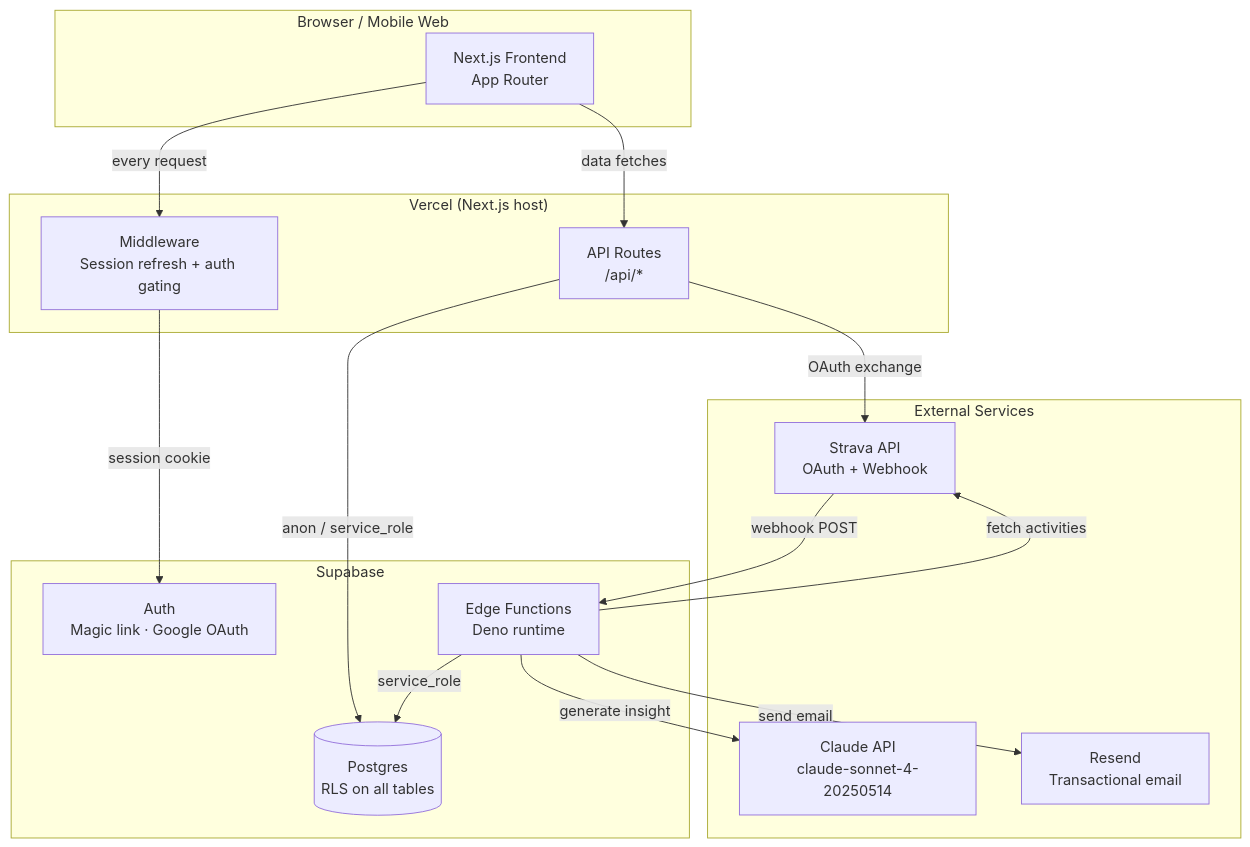
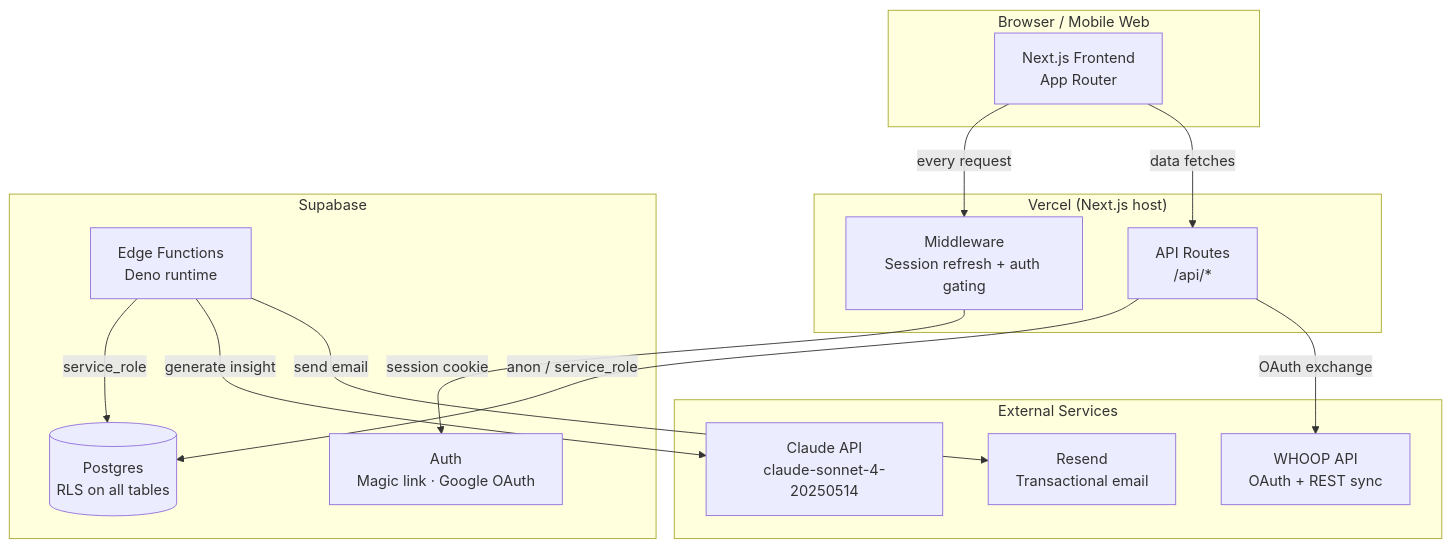
Before and after one commit to alonsoortegas/movu-app: the first of 5 diagrams in docs/architecture.md, drawn with Mermaid. The commit also changed other lines of this file and 39 other files, not shown here.

````diff
--- a/docs/architecture.md
+++ b/docs/architecture.md
@@ -5,34 +5,32 @@
 ```mermaid
 graph TB
     subgraph Client["Browser / Mobile Web"]
         UI[Next.js Frontend\nApp Router]
     end
 
     subgraph Vercel["Vercel (Next.js host)"]
         MW[Middleware\nSession refresh + auth gating]
         API[API Routes\n/api/*]
     end
 
     subgraph Supabase["Supabase"]
         AUTH[Auth\nMagic link · Google OAuth]
         DB[(Postgres\nRLS on all tables)]
         EF[Edge Functions\nDeno runtime]
     end
 
     subgraph External["External Services"]
-        STRAVA[Strava API\nOAuth + Webhook]
+        WHOOP[WHOOP API\nOAuth + REST sync]
         CLAUDE[Claude API\nclaude-sonnet-4-20250514]
         RESEND[Resend\nTransactional email]
     end
 
     UI -->|every request| MW
     MW -->|session cookie| AUTH
     UI -->|data fetches| API
     API -->|anon / service_role| DB
-    API -->|OAuth exchange| STRAVA
+    API -->|OAuth exchange| WHOOP
     EF -->|service_role| DB
-    EF -->|fetch activities| STRAVA
     EF -->|generate insight| CLAUDE
     EF -->|send email| RESEND
-    STRAVA -->|webhook POST| EF
 ```
````
